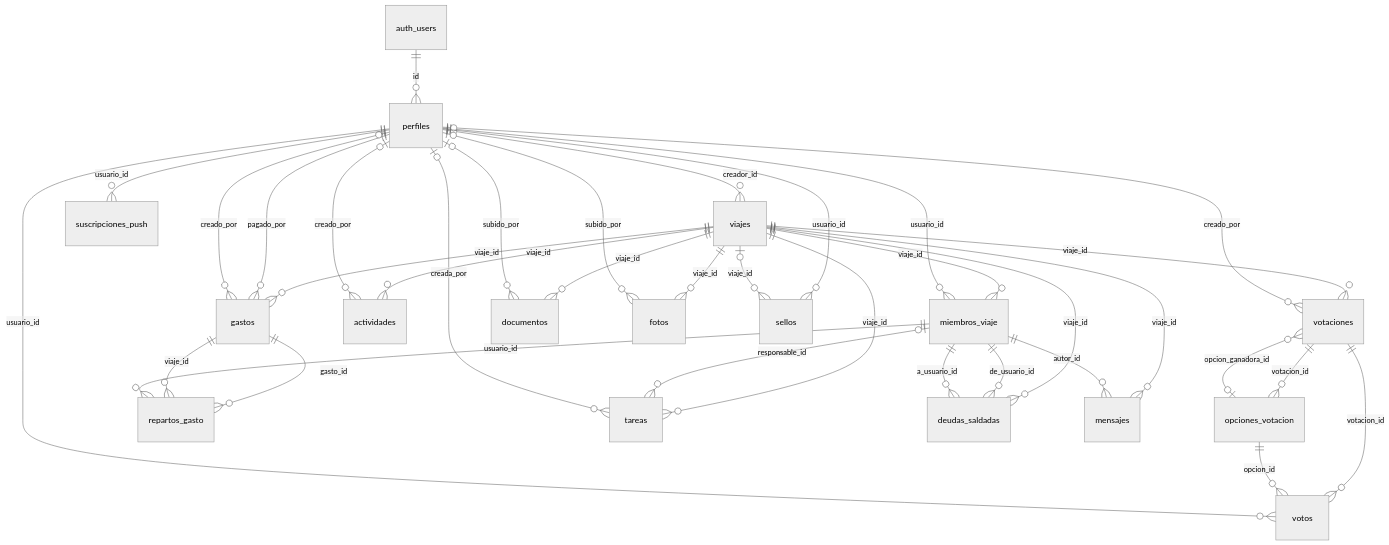
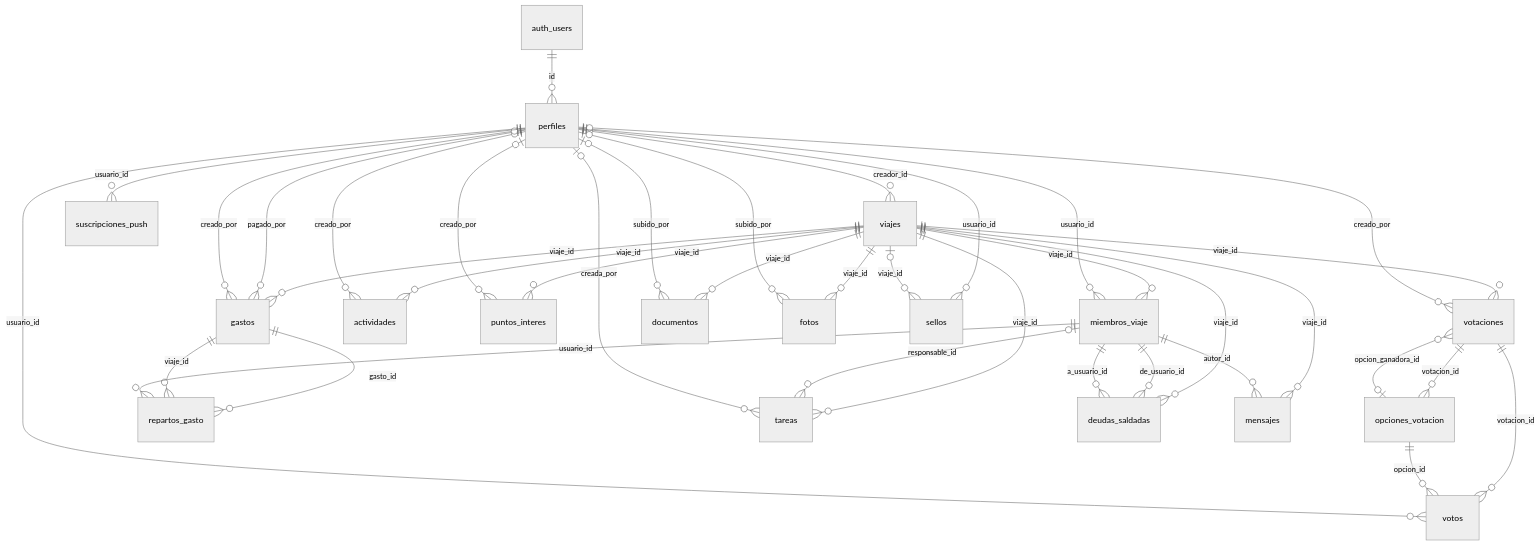
Before and after one commit to UNIZAR-30248-2026-TRAVELWRAP/Backend: the diagram in docs/BASE_DE_DATOS.md, drawn with Mermaid (neutral theme). The commit also changed other lines of this file and 8 other files, not shown here.

Commit message:
PB-57.1.2: tabla puntos_interes con RLS y endpoints GET, POST y DELETE de puntos de interés

````diff
--- a/docs/BASE_DE_DATOS.md
+++ b/docs/BASE_DE_DATOS.md
@@ -30,37 +31,39 @@
 ```mermaid
 erDiagram
     auth_users ||--o{ perfiles : "id"
     perfiles |o--o{ viajes : "creador_id"
     viajes ||--o{ miembros_viaje : "viaje_id"
     perfiles ||--o{ miembros_viaje : "usuario_id"
     viajes ||--o{ votaciones : "viaje_id"
     opciones_votacion |o--o{ votaciones : "opcion_ganadora_id"
     perfiles |o--o{ votaciones : "creado_por"
     votaciones ||--o{ opciones_votacion : "votacion_id"
     votaciones ||--o{ votos : "votacion_id"
     opciones_votacion ||--o{ votos : "opcion_id"
     perfiles ||--o{ votos : "usuario_id"
     viajes ||--o{ actividades : "viaje_id"
     perfiles |o--o{ actividades : "creado_por"
+    viajes ||--o{ puntos_interes : "viaje_id"
+    perfiles |o--o{ puntos_interes : "creado_por"
     viajes ||--o{ gastos : "viaje_id"
     perfiles ||--o{ gastos : "pagado_por"
     perfiles |o--o{ gastos : "creado_por"
     gastos ||--o{ repartos_gasto : "gasto_id"
     gastos ||--o{ repartos_gasto : "viaje_id"
     miembros_viaje ||--o{ repartos_gasto : "usuario_id"
     viajes ||--o{ documentos : "viaje_id"
     perfiles |o--o{ documentos : "subido_por"
     viajes ||--o{ fotos : "viaje_id"
     perfiles |o--o{ fotos : "subido_por"
     viajes ||--o{ tareas : "viaje_id"
     miembros_viaje |o--o{ tareas : "responsable_id"
     perfiles |o--o{ tareas : "creada_por"
     perfiles ||--o{ sellos : "usuario_id"
     viajes |o--o{ sellos : "viaje_id"
     viajes ||--o{ deudas_saldadas : "viaje_id"
     miembros_viaje ||--o{ deudas_saldadas : "de_usuario_id"
     miembros_viaje ||--o{ deudas_saldadas : "a_usuario_id"
     viajes ||--o{ mensajes : "viaje_id"
     miembros_viaje ||--o{ mensajes : "autor_id"
     perfiles ||--o{ suscripciones_push : "usuario_id"
 ```
````
